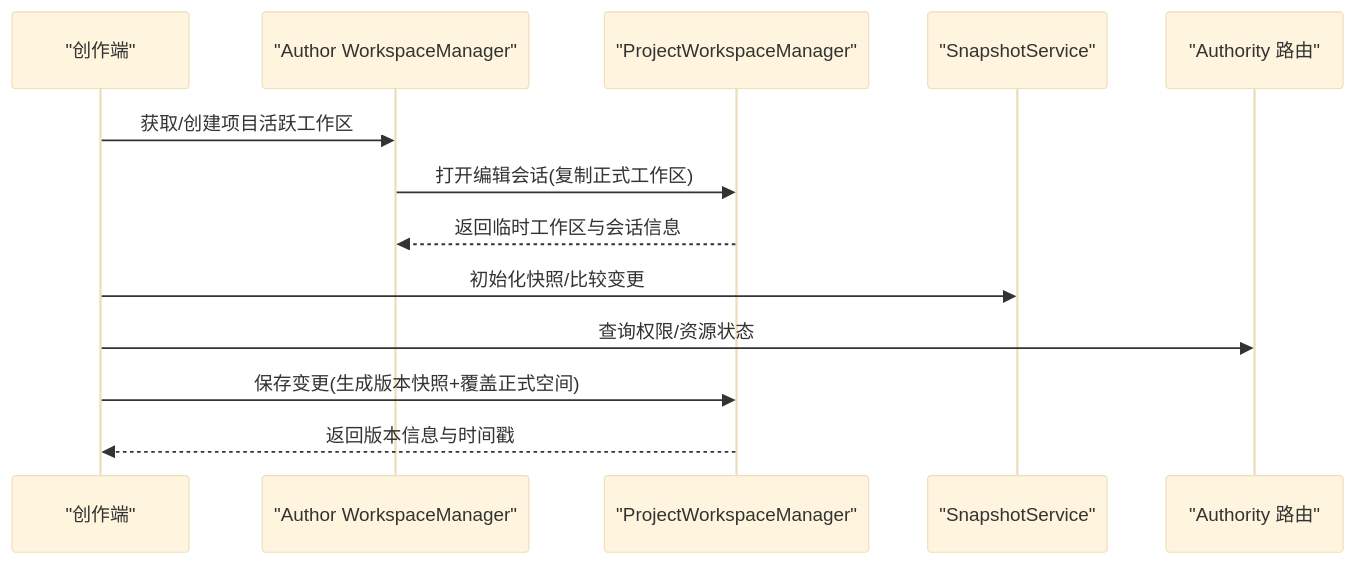
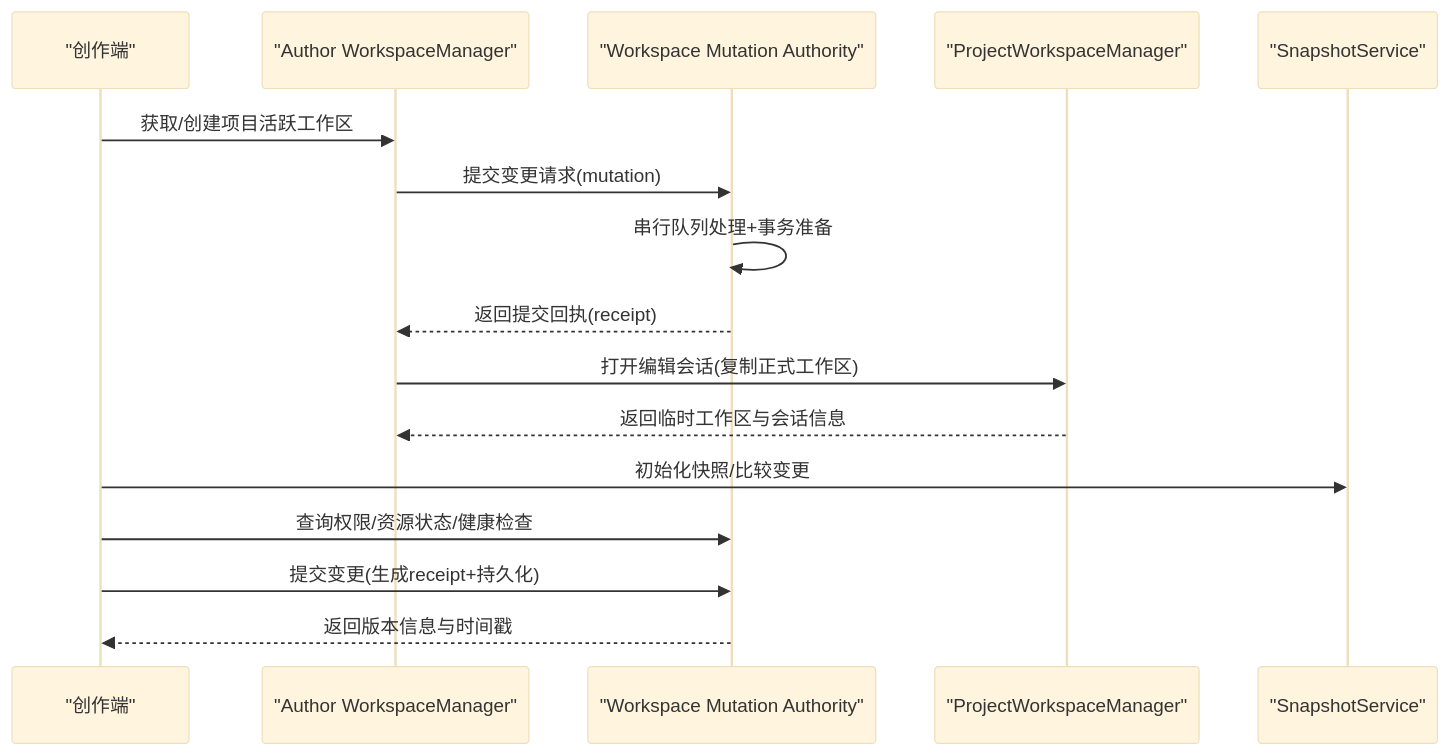
The second of 9 diagrams in .qoder/repowiki/zh/content/前端应用/创作端应用 (Author Site)/工作区管理.md (qihaogithub/workbench), drawn with Mermaid (base theme) before and after one commit. The commit also changed other lines of this file and 448 other files, not shown here.

````diff
--- a/.qoder/repowiki/zh/content/前端应用/创作端应用 (Author Site)/工作区管理.md
+++ b/.qoder/repowiki/zh/content/前端应用/创作端应用 (Author Site)/工作区管理.md
@@ -119,15 +132,18 @@
 ```mermaid
 sequenceDiagram
 participant FE as "创作端"
 participant WS as "Author WorkspaceManager"
+participant AUTH as "Workspace Mutation Authority"
 participant PWS as "ProjectWorkspaceManager"
 participant SNAP as "SnapshotService"
-participant AUTH as "Authority 路由"
 FE->>WS : 获取/创建项目活跃工作区
+WS->>AUTH : 提交变更请求(mutation)
+AUTH->>AUTH : 串行队列处理+事务准备
+AUTH-->>WS : 返回提交回执(receipt)
 WS->>PWS : 打开编辑会话(复制正式工作区)
 PWS-->>WS : 返回临时工作区与会话信息
 FE->>SNAP : 初始化快照/比较变更
-FE->>AUTH : 查询权限/资源状态
-FE->>PWS : 保存变更(生成版本快照+覆盖正式空间)
-PWS-->>FE : 返回版本信息与时间戳
+FE->>AUTH : 查询权限/资源状态/健康检查
+FE->>AUTH : 提交变更(生成receipt+持久化)
+AUTH-->>FE : 返回版本信息与时间戳
 ```
````
